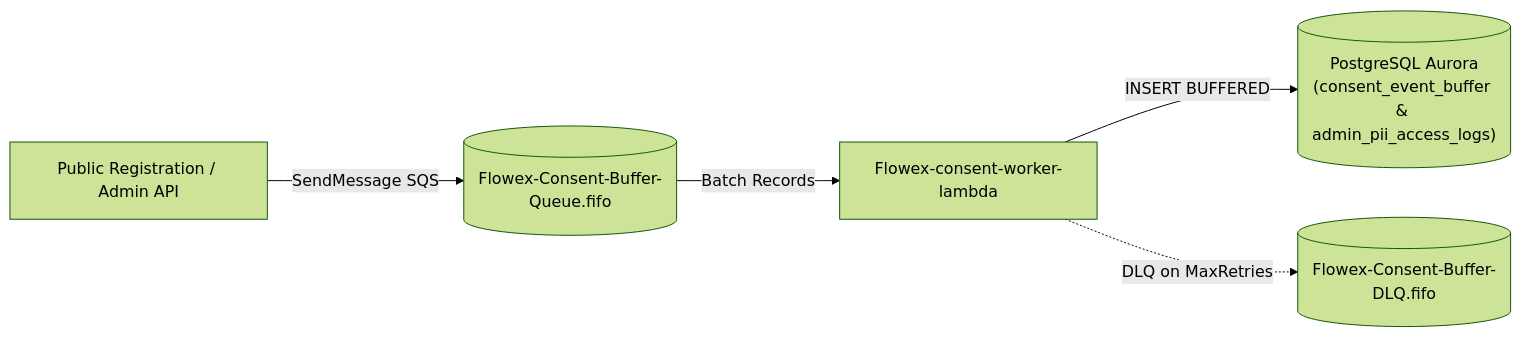
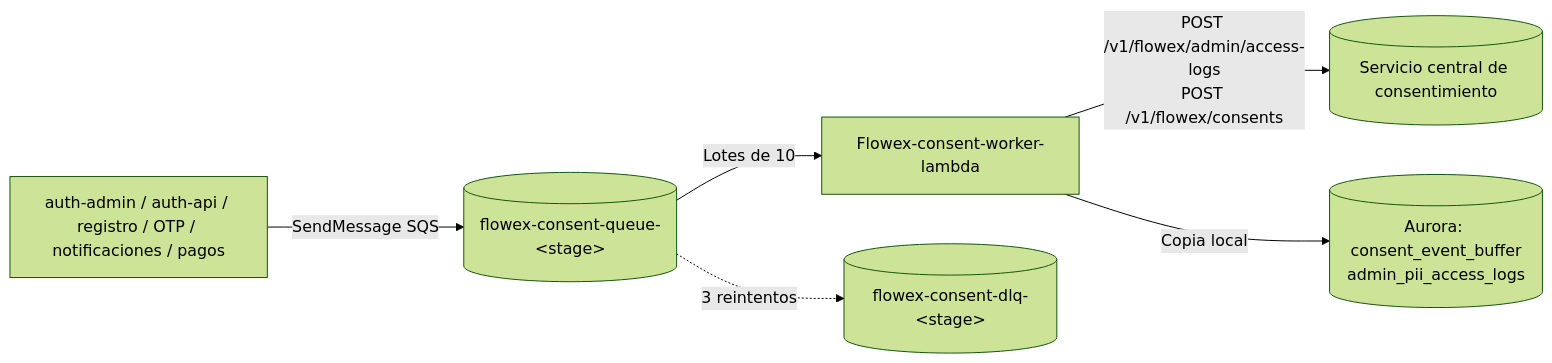
One commit to start-level-cl/Flowex-api-docs changed the diagram in docs-src/consent-worker.md. Above: the diagram before and after it, drawn with Mermaid (forest theme). The commit also changed other lines of this file and 21 other files, not shown here.

First line of the commit message:
docs(consentimiento): registro de uso de datos segun el estado actual

````diff
--- a/docs-src/consent-worker.md
+++ b/docs-src/consent-worker.md
@@ -7,7 +10,8 @@
 ```mermaid
 flowchart LR
-    A["Public Registration / Admin API"] -->|SendMessage SQS| B[("Flowex-Consent-Buffer-Queue.fifo")]
-    B -->|Batch Records| C["Flowex-consent-worker-lambda"]
-    C -->|INSERT BUFFERED| D[("PostgreSQL Aurora\n(consent_event_buffer & admin_pii_access_logs)")]
-    C -.->|DLQ on MaxRetries| E[("Flowex-Consent-Buffer-DLQ.fifo")]
+    A["auth-admin / auth-api / registro / OTP / notificaciones / pagos"] -->|SendMessage SQS| B[("flowex-consent-queue-&lt;stage&gt;")]
+    B -->|Lotes de 10| C["Flowex-consent-worker-lambda"]
+    C -->|POST /v1/flowex/admin/access-logs<br/>POST /v1/flowex/consents| D[("Servicio central de consentimiento")]
+    C -->|Copia local| E[("Aurora: consent_event_buffer<br/>admin_pii_access_logs")]
+    B -.->|3 reintentos| F[("flowex-consent-dlq-&lt;stage&gt;")]
 ```
````
